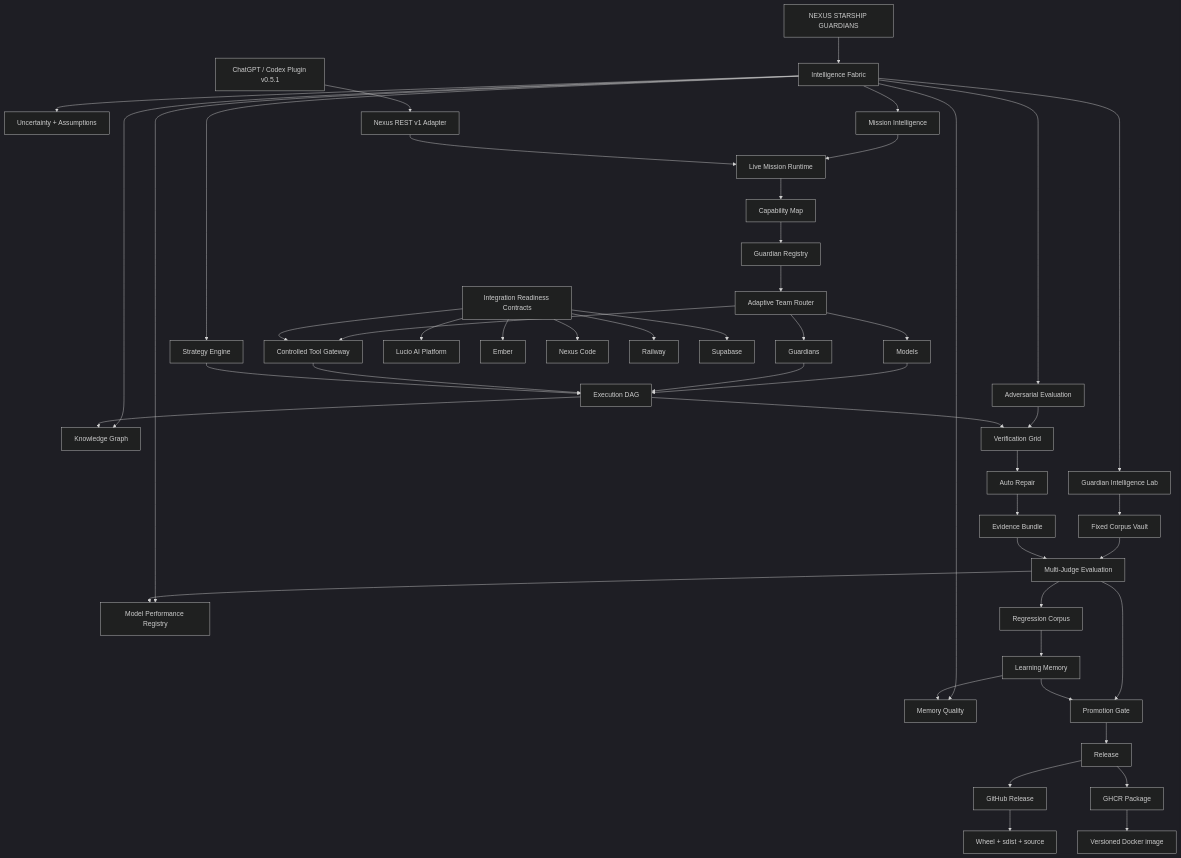
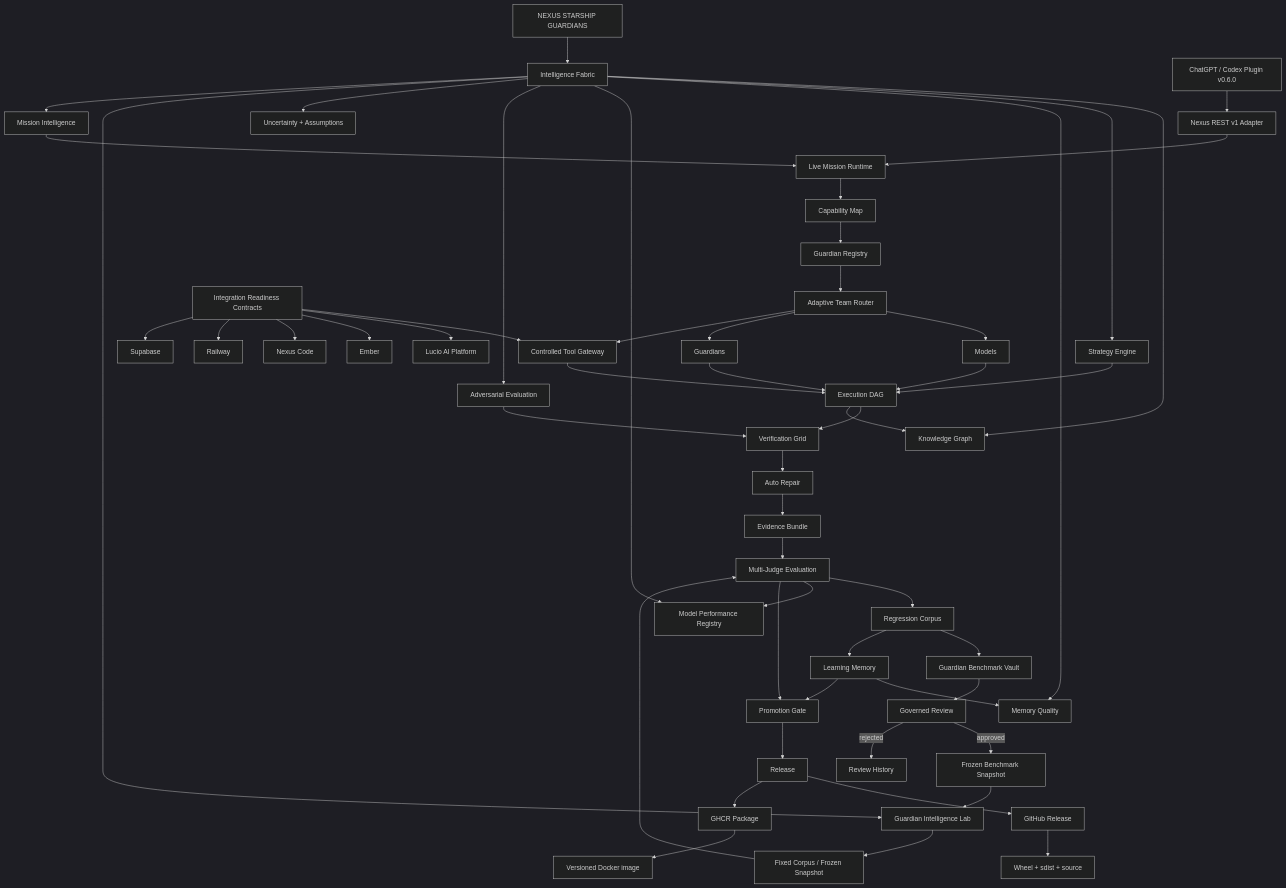
One commit to lois4801/NEXUS-Starship-Guardians changed the diagram in docs/CURRENT_STATE.md. Above: the diagram before and after it, drawn with Mermaid (dark theme). The commit also changed other lines of this file, not shown here.

Commit message:
Add Benchmark Vault to canonical current state

````diff
--- a/docs/CURRENT_STATE.md
+++ b/docs/CURRENT_STATE.md
@@ -9,56 +9,61 @@
 ```mermaid
 flowchart TD
     A[NEXUS STARSHIP GUARDIANS] --> B[Intelligence Fabric]
 
     B --> B1[Knowledge Graph]
     B --> B2[Strategy Engine]
     B --> B3[Memory Quality]
     B --> B4[Model Performance Registry]
     B --> B5[Adversarial Evaluation]
     B --> B6[Uncertainty + Assumptions]
     B --> B7[Guardian Intelligence Lab]
-    B7 --> B8[Fixed Corpus Vault]
+    B7 --> B8[Fixed Corpus / Frozen Snapshot]
 
     B --> C[Mission Intelligence]
     C --> D[Live Mission Runtime]
     D --> E[Capability Map]
     E --> F[Guardian Registry]
     F --> G[Adaptive Team Router]
     G --> H[Models]
     G --> I[Guardians]
     G --> J[Controlled Tool Gateway]
 
     X[Integration Readiness Contracts] --> J
     X --> X1[Lucio AI Platform]
     X --> X2[Ember]
     X --> X3[Nexus Code]
     X --> X4[Railway]
     X --> X5[Supabase]
 
     H --> K[Execution DAG]
     I --> K
     J --> K
     B2 --> K
     B5 --> L[Verification Grid]
     K --> L
     L --> M[Auto Repair]
     M --> N[Evidence Bundle]
     B8 --> O[Multi-Judge Evaluation]
     N --> O
     O --> P[Regression Corpus]
+    P --> BV[Guardian Benchmark Vault]
+    BV --> BR[Governed Review]
+    BR -->|approved| BS[Frozen Benchmark Snapshot]
+    BR -->|rejected| BH[Review History]
+    BS --> B7
     P --> Q[Learning Memory]
     Q --> B3
     O --> B4
     K --> B1
     O --> R[Promotion Gate]
     Q --> R
     R --> S[Release]
 
-    T[ChatGPT / Codex Plugin v0.5.1] --> U[Nexus REST v1 Adapter]
+    T[ChatGPT / Codex Plugin v0.6.0] --> U[Nexus REST v1 Adapter]
     U --> D
 
     S --> V[GitHub Release]
     S --> W[GHCR Package]
     V --> Y[Wheel + sdist + source]
     W --> Z[Versioned Docker image]
 ```
````
